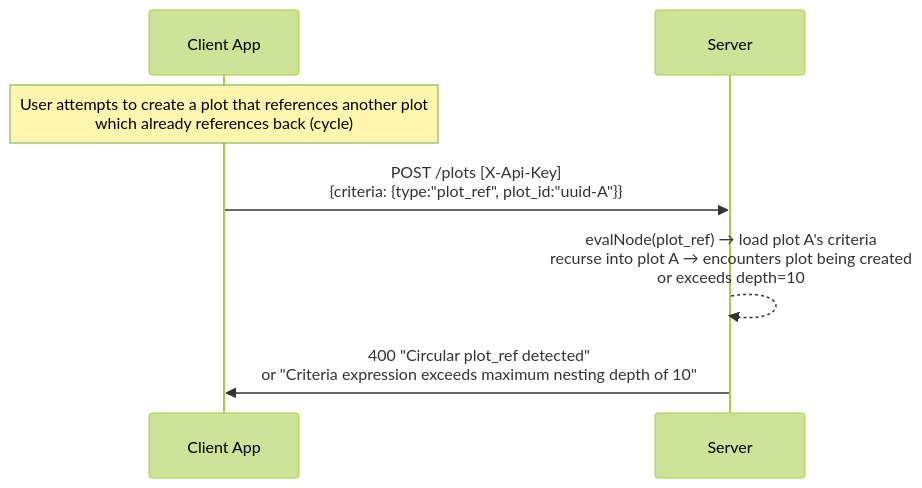
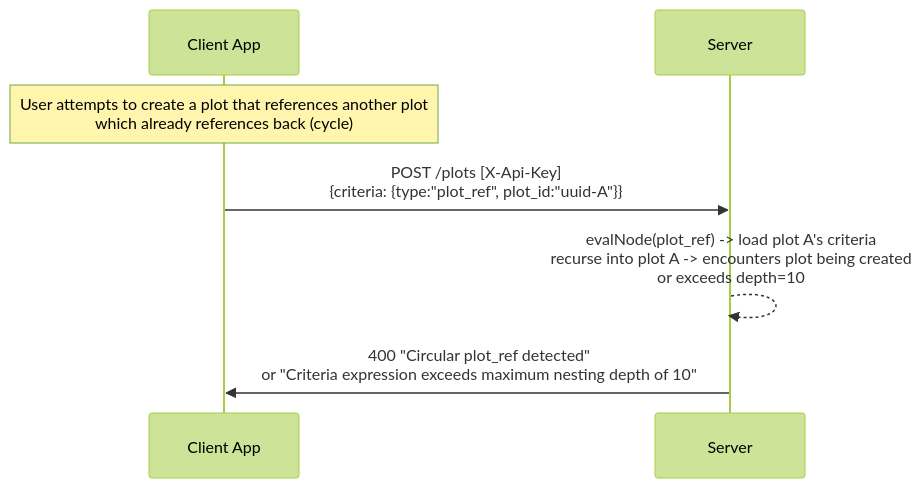
The seventh of 7 diagrams in docs/specs/plots.md (bacalv/Heirlooms), drawn with Mermaid (forest theme) before and after one commit. The commit also changed other lines of this file and 9 other files, not shown here.

First line of the commit message:
docs: fix Mermaid v11 syntax across all spec and testing diagrams

````diff
--- a/docs/specs/plots.md
+++ b/docs/specs/plots.md
@@ -150,11 +150,11 @@
 ```mermaid
 sequenceDiagram
     participant App as Client App
     participant S as Server
 
     Note over App: User attempts to create a plot that references another plot<br/>which already references back (cycle)
 
     App->>S: POST /plots [X-Api-Key]<br/>{criteria: {type:"plot_ref", plot_id:"uuid-A"}}
-    S-->>S: evalNode(plot_ref) → load plot A's criteria<br/>recurse into plot A → encounters plot being created<br/>or exceeds depth=10
+    S-->>S: evalNode(plot_ref) -> load plot A's criteria<br/>recurse into plot A -> encounters plot being created<br/>or exceeds depth=10
     S->>App: 400 "Circular plot_ref detected"<br/>or "Criteria expression exceeds maximum nesting depth of 10"
 ```
````
